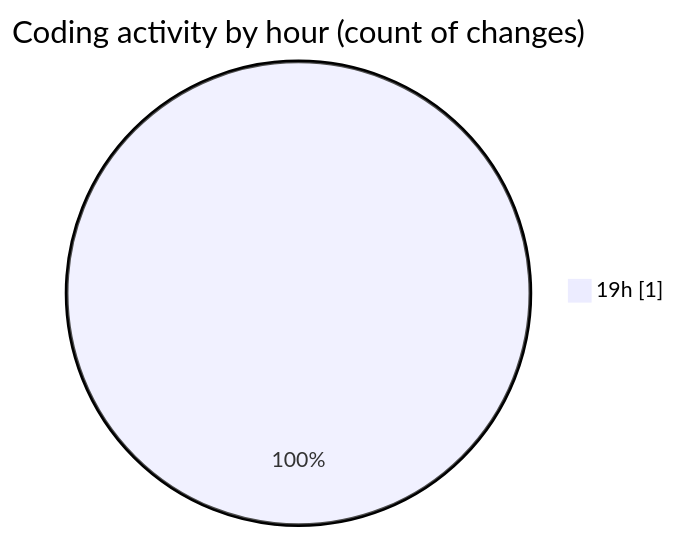
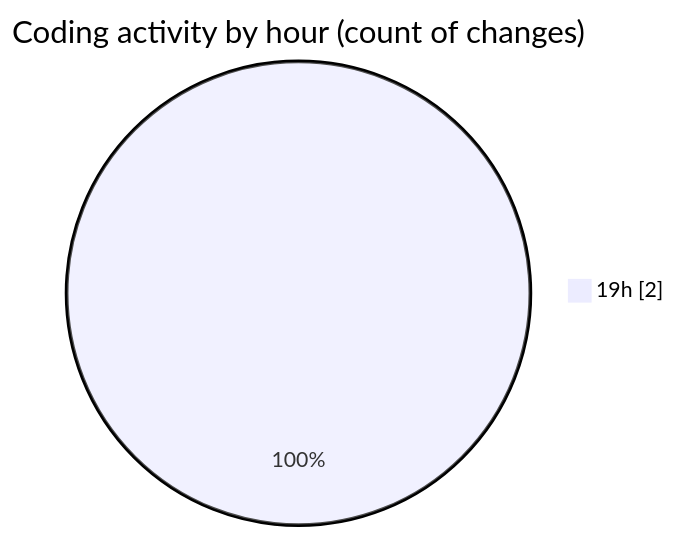
The second of 2 diagrams in 2025-09-02/hand_mate/README.md (IJAZ3593/code-tracking), drawn with Mermaid before and after one commit. The commit also changed other lines of this file and 1 other file, not shown here.

````diff
--- a/2025-09-02/hand_mate/README.md
+++ b/2025-09-02/hand_mate/README.md
@@ -28,5 +30,5 @@
 ```mermaid
 pie showData
 title Coding activity by hour (count of changes)
-"19h" : 1
+"19h" : 2
 ```
````
